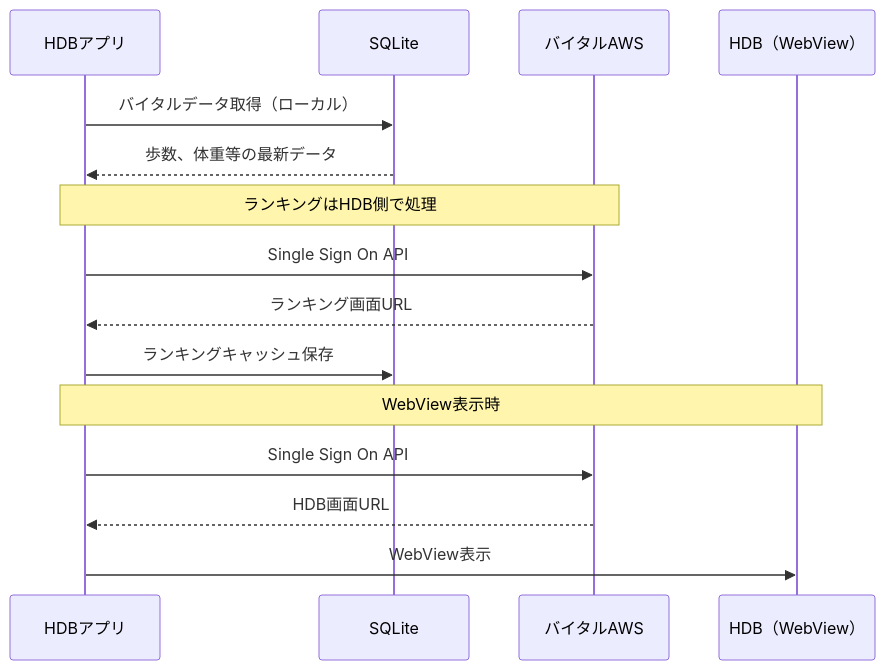
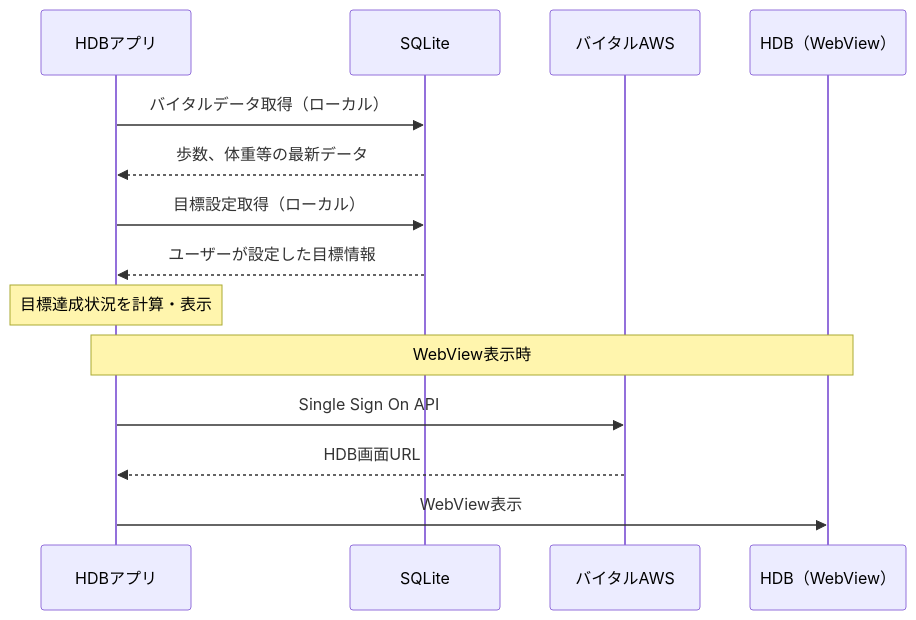
Before and after one commit to sasaibu/hdb: the third of 15 diagrams in doc/QA/画面別API通信図.md, drawn with Mermaid. The commit also changed other lines of this file and 1 other file, not shown here.

Commit message:
シーケンス図の修正 PUSH通知に関する資料追加

````diff
--- a/doc/QA/画面別API通信図.md
+++ b/doc/QA/画面別API通信図.md
@@ -74,19 +66,18 @@
 ```mermaid
 sequenceDiagram
     participant App as HDBアプリ
     participant DB as SQLite
     participant AWS as バイタルAWS
     participant HDB as HDB（WebView）
     
     App->>DB: バイタルデータ取得（ローカル）
     DB-->>App: 歩数、体重等の最新データ
-    Note over App,AWS: ランキングはHDB側で処理
-    App->>AWS: Single Sign On API
-    AWS-->>App: ランキング画面URL
-    App->>DB: ランキングキャッシュ保存
+    App->>DB: 目標設定取得（ローカル）
+    DB-->>App: ユーザーが設定した目標情報
+    Note over App: 目標達成状況を計算・表示
     
     Note over App,HDB: WebView表示時
     App->>AWS: Single Sign On API
     AWS-->>App: HDB画面URL
     App->>HDB: WebView表示
 ```
````
